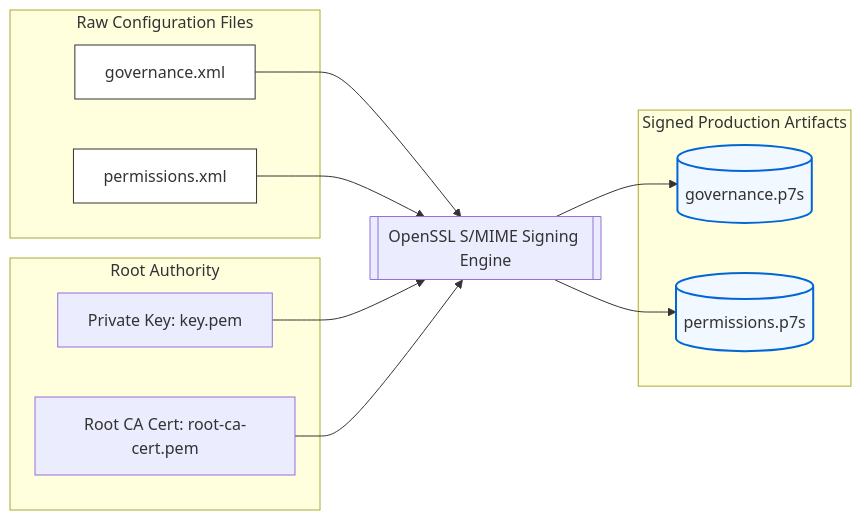
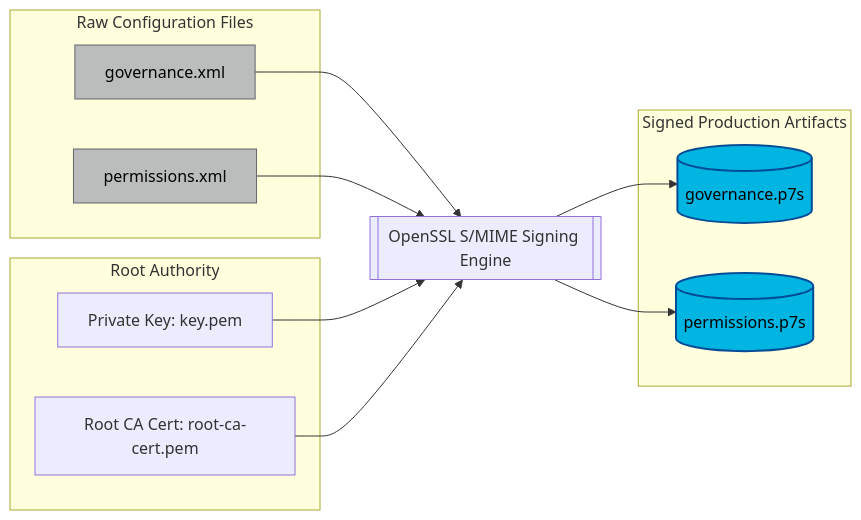
The sixth of 6 diagrams in examples/4. Security/README.md (ajmhs/connext_appliance), drawn with Mermaid before and after one commit. The commit also changed other lines of this file and 8 other files, not shown here.

````diff
--- a/examples/4. Security/README.md
+++ b/examples/4. Security/README.md
@@ -159,32 +225,32 @@
 ```mermaid
 graph LR
     subgraph Inputs [Raw Configuration Files]
         Gov[governance.xml]
         Perm[permissions.xml]
     end
 
     subgraph Keys [Root Authority]
         Key[Private Key: key.pem]
         Cert[Root CA Cert: root-ca-cert.pem]
     end
 
     Engine[[OpenSSL S/MIME Signing Engine]]
 
     subgraph Outputs [Signed Production Artifacts]
         Gov_S[(governance.p7s)]
         Perm_S[(permissions.p7s)]
     end
 
     Gov --> Engine
     Perm --> Engine
     Key --> Engine
     Cert --> Engine
     
     Engine --> Gov_S
     Engine --> Perm_S
 
-    style Gov fill:#ffffff,stroke:#333
-    style Perm fill:#ffffff,stroke:#333
-    style Gov_S fill:#f1f8ff,stroke:#0366d6,stroke-width:2px
-    style Perm_S fill:#f1f8ff,stroke:#0366d6,stroke-width:2px
-```    
+    style Gov fill:#BBBCBC,stroke:#63666A,color:#000
+    style Perm fill:#BBBCBC,stroke:#63666A,color:#000
+    style Gov_S fill:#00B5E2,stroke:#004C97,stroke-width:2px,color:#000
+    style Perm_S fill:#00B5E2,stroke:#004C97,stroke-width:2px,color:#000
+```
````
